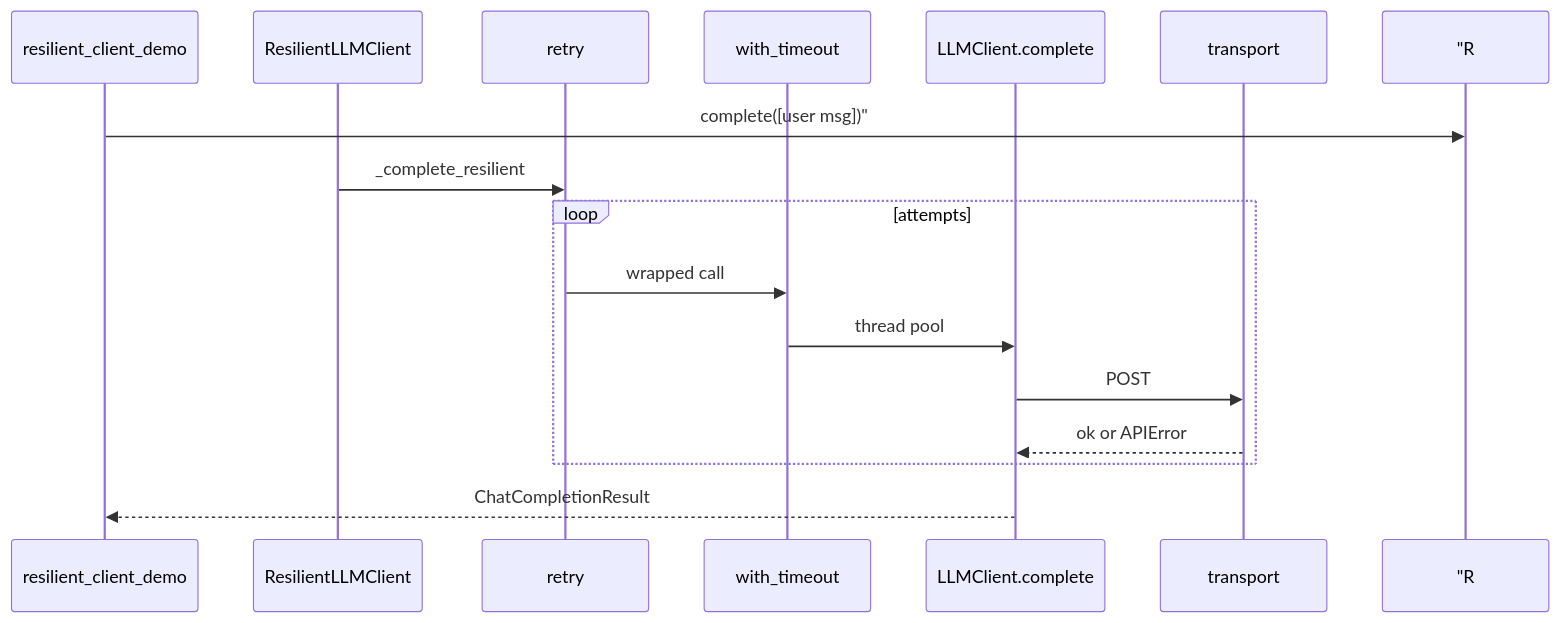
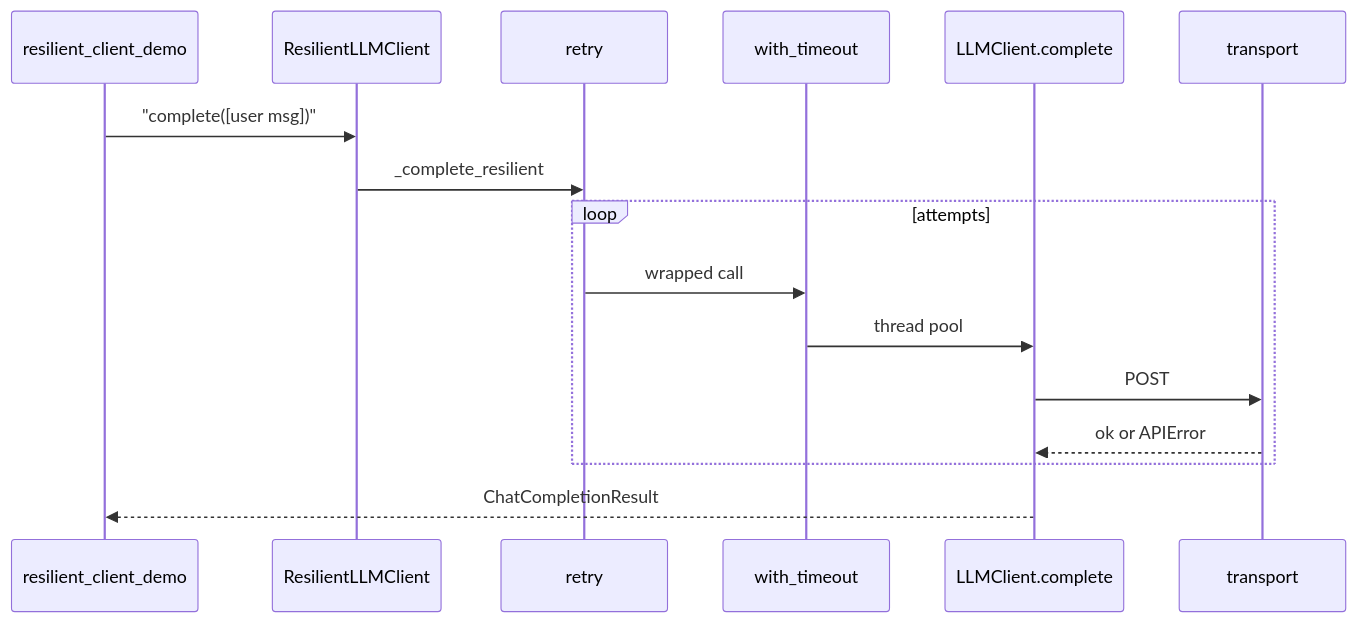
Before and after one commit to ab6539763/70_days_course_plus: the diagram in course/day13/20_完整代码走查.md, drawn with Mermaid. The commit also changed 80 other files, not shown here.

First line of the commit message:
fix(course): 修复 Mermaid 图表渲染报错 + 同步嵌入代码快照

````diff
--- a/course/day13/20_完整代码走查.md
+++ b/course/day13/20_完整代码走查.md
@@ -140,19 +140,19 @@
 ```mermaid
 sequenceDiagram
     participant Demo as resilient_client_demo
     participant R as ResilientLLMClient
     participant Retry as retry
     participant TO as with_timeout
     participant Base as LLMClient.complete
     participant Tr as transport
 
-    Demo->> "R: complete([user msg])"
+    Demo->>R: "complete([user msg])"
     R->>Retry: _complete_resilient
     loop attempts
         Retry->>TO: wrapped call
         TO->>Base: thread pool
         Base->>Tr: POST
         Tr-->>Base: ok or APIError
     end
     Base-->>Demo: ChatCompletionResult
 ```
````
